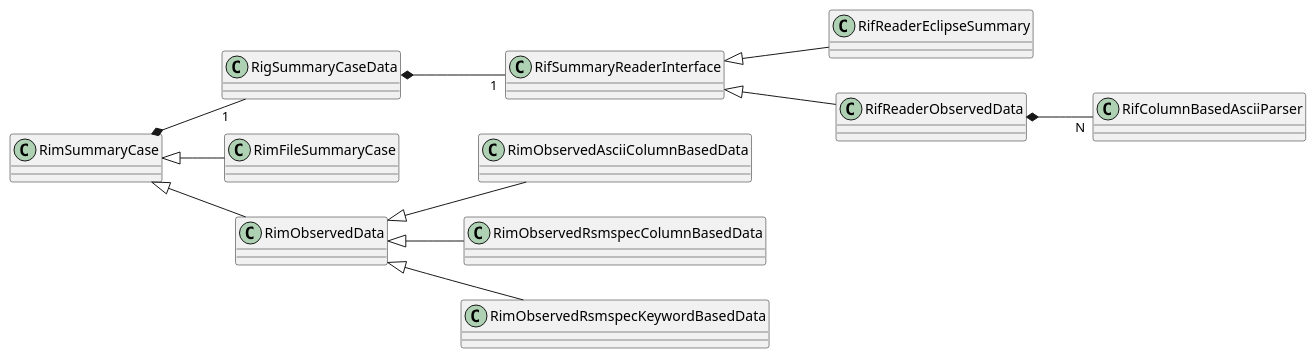
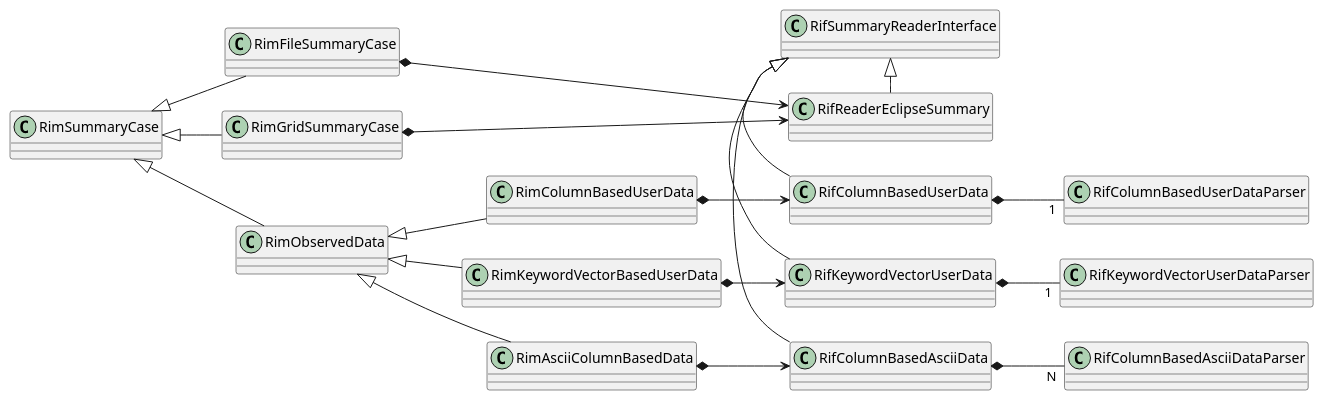
The diagram in doc/observed_data.plantuml (OPM/ResInsight), drawn with PlantUML before and after one commit. The commit also changed 10 other files, not shown here.

Commit message:
#1918 : Observed Data : Rename of several files

```diff
--- a/doc/observed_data.plantuml
+++ b/doc/observed_data.plantuml
@@ -1,21 +1,29 @@
 @startuml
 left to right direction
 
-RigSummaryCaseData *-- "1" RifSummaryReaderInterface
-RimSummaryCase *-- "1" RigSummaryCaseData
 
-RifSummaryReaderInterface <|-- RifReaderEclipseSummary
-RifSummaryReaderInterface <|-- RifReaderObservedData
+RifSummaryReaderInterface <|- RifReaderEclipseSummary
+RifSummaryReaderInterface <|- RifColumnBasedAsciiData
+RifSummaryReaderInterface <|- RifColumnBasedUserData
+RifSummaryReaderInterface <|- RifKeywordVectorUserData
 
-RifReaderObservedData *-- "N" RifColumnBasedAsciiParser
+RifColumnBasedAsciiData *-- "N" RifColumnBasedAsciiDataParser
+RifColumnBasedUserData *-- "1" RifColumnBasedUserDataParser
+RifKeywordVectorUserData *-- "1" RifKeywordVectorUserDataParser
 
 RimSummaryCase <|-- RimFileSummaryCase
+RimSummaryCase <|-- RimGridSummaryCase
 RimSummaryCase <|-- RimObservedData
 
-RimObservedData <|-- RimObservedAsciiColumnBasedData
+RimObservedData <|-- RimAsciiColumnBasedData
+RimObservedData <|-- RimColumnBasedUserData
+RimObservedData <|-- RimKeywordVectorBasedUserData
 
-RimObservedData <|-- RimObservedRsmspecColumnBasedData
-RimObservedData <|-- RimObservedRsmspecKeywordBasedData
+RimColumnBasedUserData *--> RifColumnBasedUserData
+RimKeywordVectorBasedUserData *--> RifKeywordVectorUserData
+RimAsciiColumnBasedData *--> RifColumnBasedAsciiData
+RimFileSummaryCase *--> RifReaderEclipseSummary
+RimGridSummaryCase *--> RifReaderEclipseSummary
 
 
 @enduml
```
